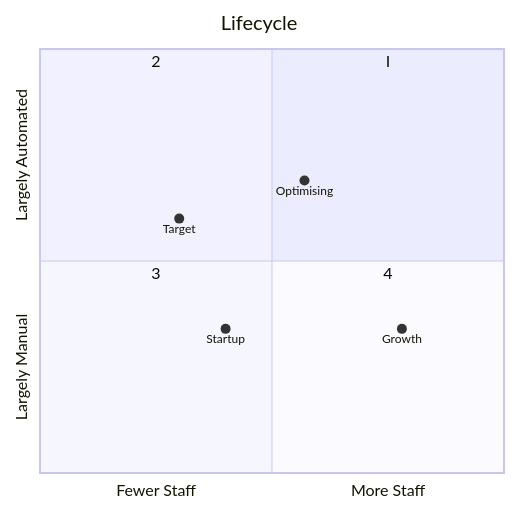
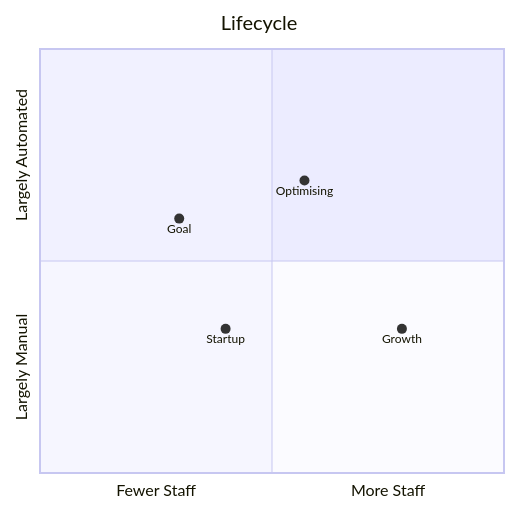
One commit to alphauser-one/docs changed the diagram in System/Services.mdx. Above: the diagram before and after it, drawn with Mermaid. The commit also changed other lines of this file, not shown here.

Commit message:
Documentation edits made through Mintlify web editor

````diff
--- a/System/Services.mdx
+++ b/System/Services.mdx
@@ -14,14 +14,10 @@
 ```mermaid
 quadrantChart
     title Lifecycle
     x-axis Fewer Staff --> More Staff
     y-axis Largely Manual --> Largely Automated
-    quadrant-1 I
-    quadrant-2 2    
-    quadrant-3 3
-    quadrant-4 4
-    Target: [0.3, 0.6]
+    Goal: [0.3, 0.6]
     Optimising: [0.57, 0.69]
     Growth: [0.78, 0.34]
     Startup: [0.40, 0.34]
 ```
````
